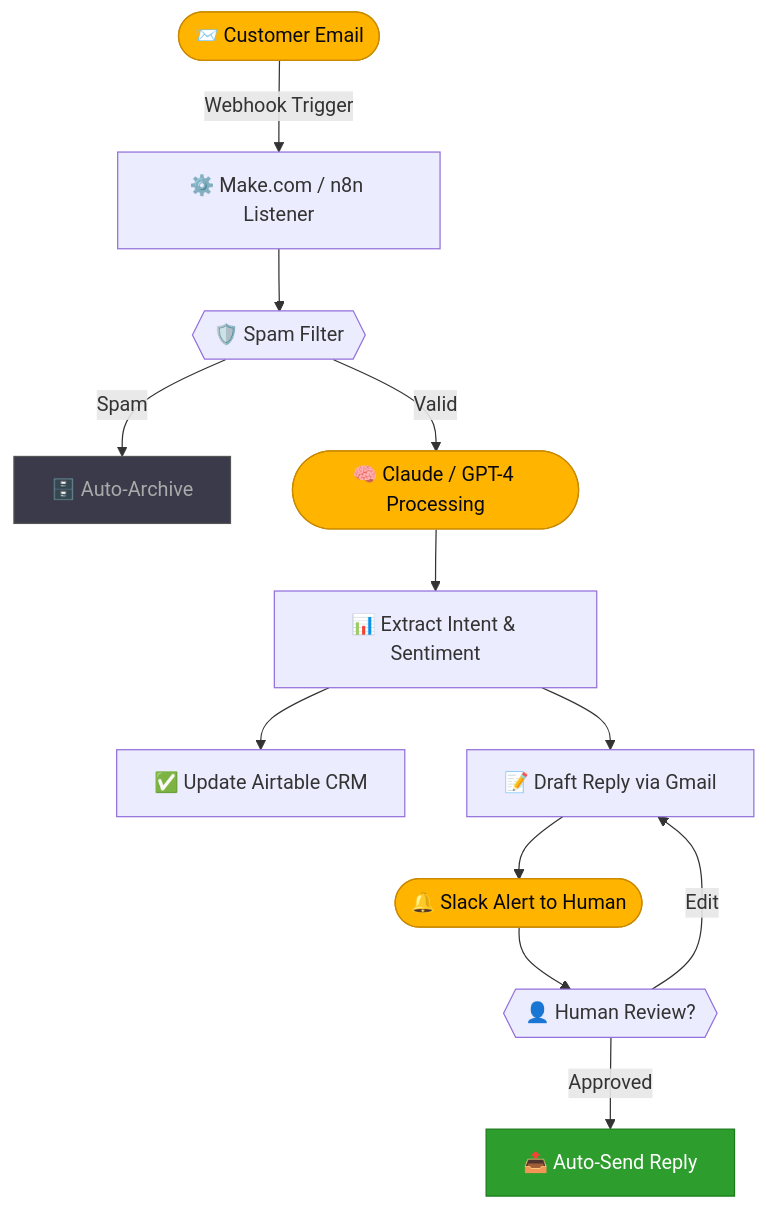
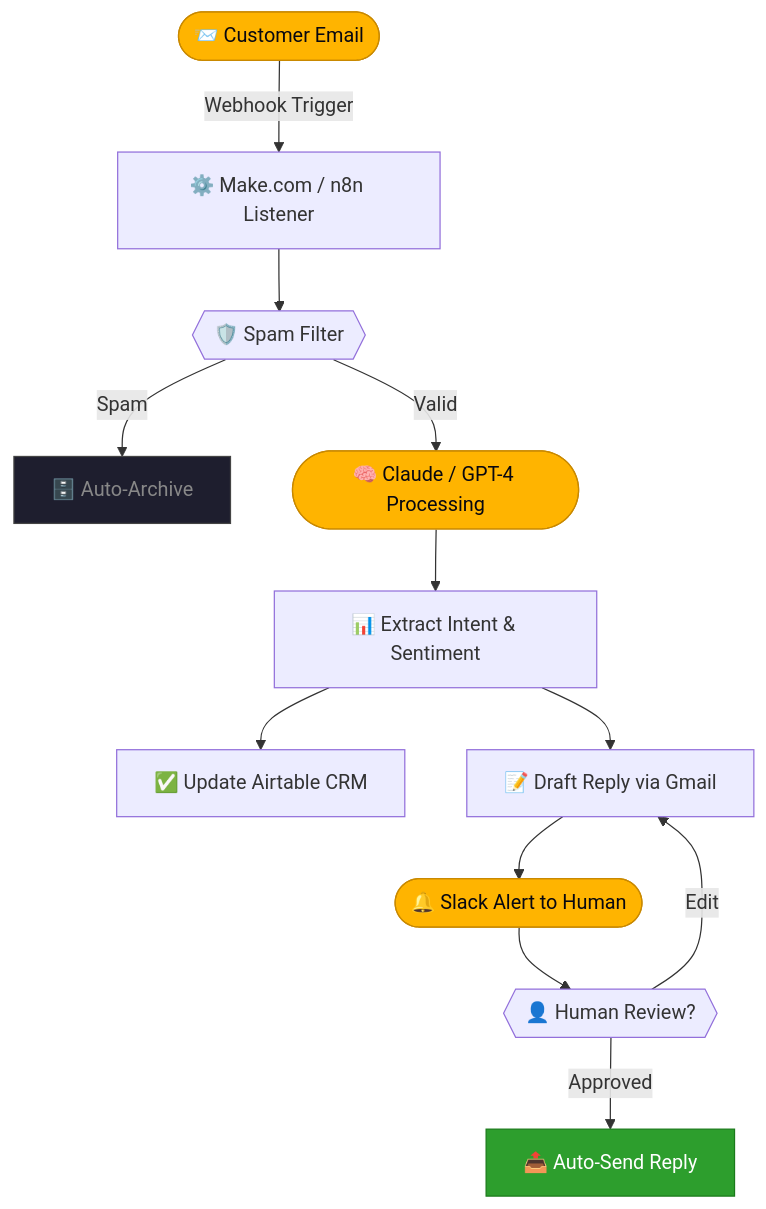
The diagram in README.md (agniautomationz-lab/agniautomationz-lab), drawn with Mermaid before and after one commit. The commit also changed other lines of this file, not shown here.

````diff
--- a/README.md
+++ b/README.md
@@ -176,20 +203,20 @@
 ```mermaid
 graph TD
     A(["📨 Customer Email"]) -->|Webhook Trigger| B["⚙️ Make.com / n8n Listener"]
     B --> C{{"🛡️ Spam Filter"}}
     C -->|Spam| D["🗄️ Auto-Archive"]
     C -->|Valid| E(["🧠 Claude / GPT-4 Processing"])
     E --> F["📊 Extract Intent & Sentiment"]
     F --> G["✅ Update Airtable CRM"]
     F --> H["📝 Draft Reply via Gmail"]
     H --> I(["🔔 Slack Alert to Human"])
     I --> J{{"👤 Human Review?"}}
     J -->|Approved| K["📤 Auto-Send Reply"]
     J -->|Edit| H
 
     style A fill:#ffb400,stroke:#c98900,color:#080810
     style E fill:#ffb400,stroke:#c98900,color:#080810
     style I fill:#ffb400,stroke:#c98900,color:#080810
     style K fill:#2d9e2d,stroke:#1a7a1a,color:#ffffff
-    style D fill:#3a3a4a,stroke:#555,color:#aaa
+    style D fill:#1e1e2e,stroke:#444,color:#888
 ```
````
